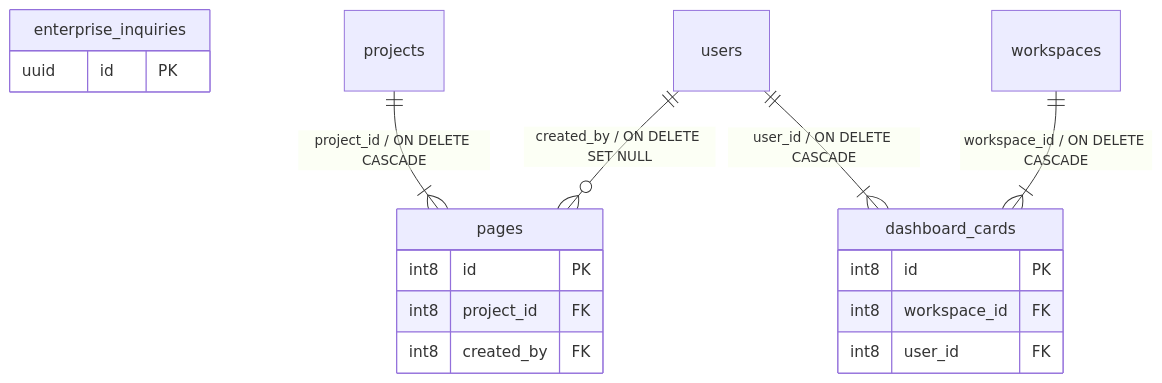
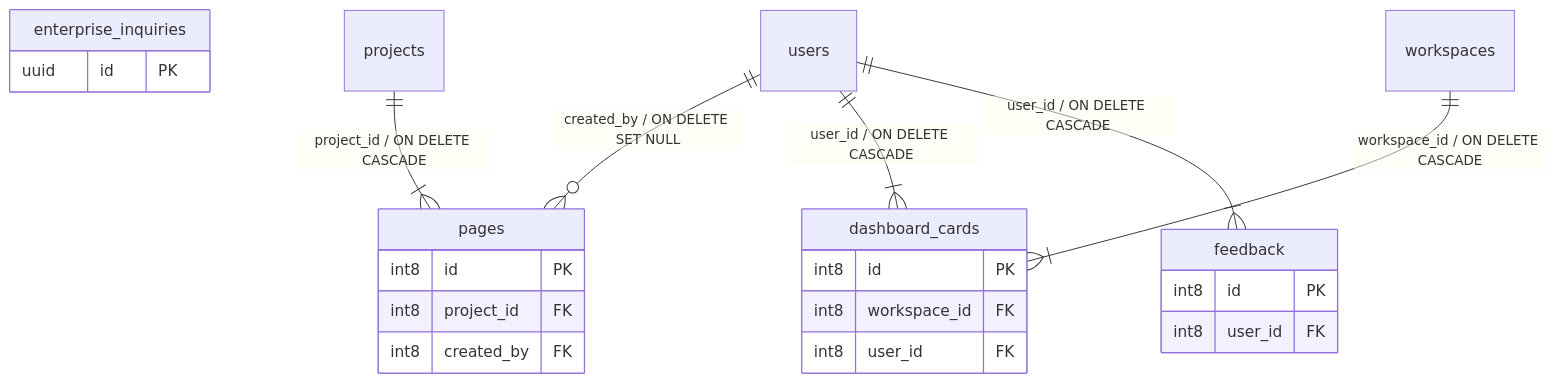
One commit to taskforce-project/taskforce-docs changed the eighth of 9 diagrams in v1/03-architecture/Modele_Donnees_MCD_MLD.md. Above: the diagram before and after it, drawn with Mermaid. The commit also changed other lines of this file and 2 other files, not shown here.

First line of the commit message:
docs(architecture): regenerate the data model, dictionary and class diagram

````diff
--- a/v1/03-architecture/Modele_Donnees_MCD_MLD.md
+++ b/v1/03-architecture/Modele_Donnees_MCD_MLD.md
@@ -563,20 +615,25 @@
 ```mermaid
 erDiagram
   pages {
     int8 id PK
     int8 project_id FK
     int8 created_by FK
   }
   dashboard_cards {
     int8 id PK
     int8 workspace_id FK
     int8 user_id FK
   }
   enterprise_inquiries {
     uuid id PK
   }
+  feedback {
+    int8 id PK
+    int8 user_id FK
+  }
+  users ||--o{ pages : "created_by / ON DELETE SET NULL"
   projects ||--|{ pages : "project_id / ON DELETE CASCADE"
-  users ||--o{ pages : "created_by / ON DELETE SET NULL"
+  users ||--|{ dashboard_cards : "user_id / ON DELETE CASCADE"
   workspaces ||--|{ dashboard_cards : "workspace_id / ON DELETE CASCADE"
-  users ||--|{ dashboard_cards : "user_id / ON DELETE CASCADE"
+  users ||--|{ feedback : "user_id / ON DELETE CASCADE"
 ```
````
